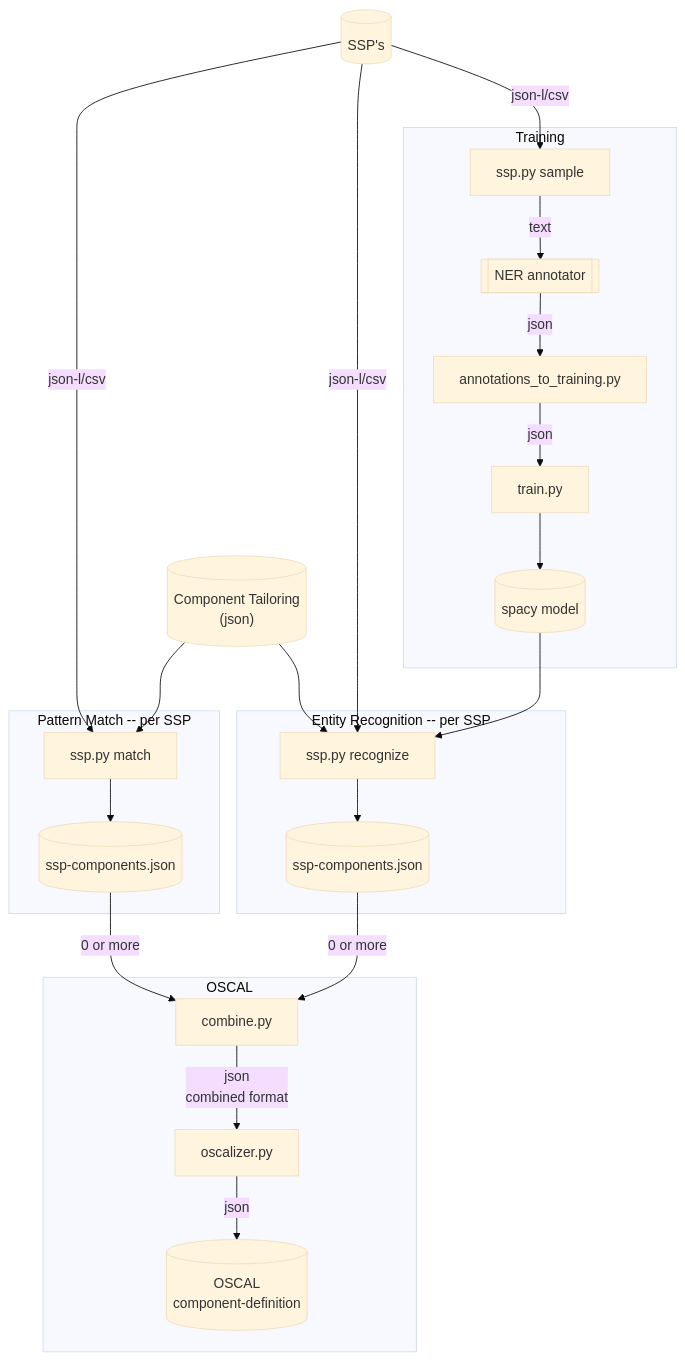
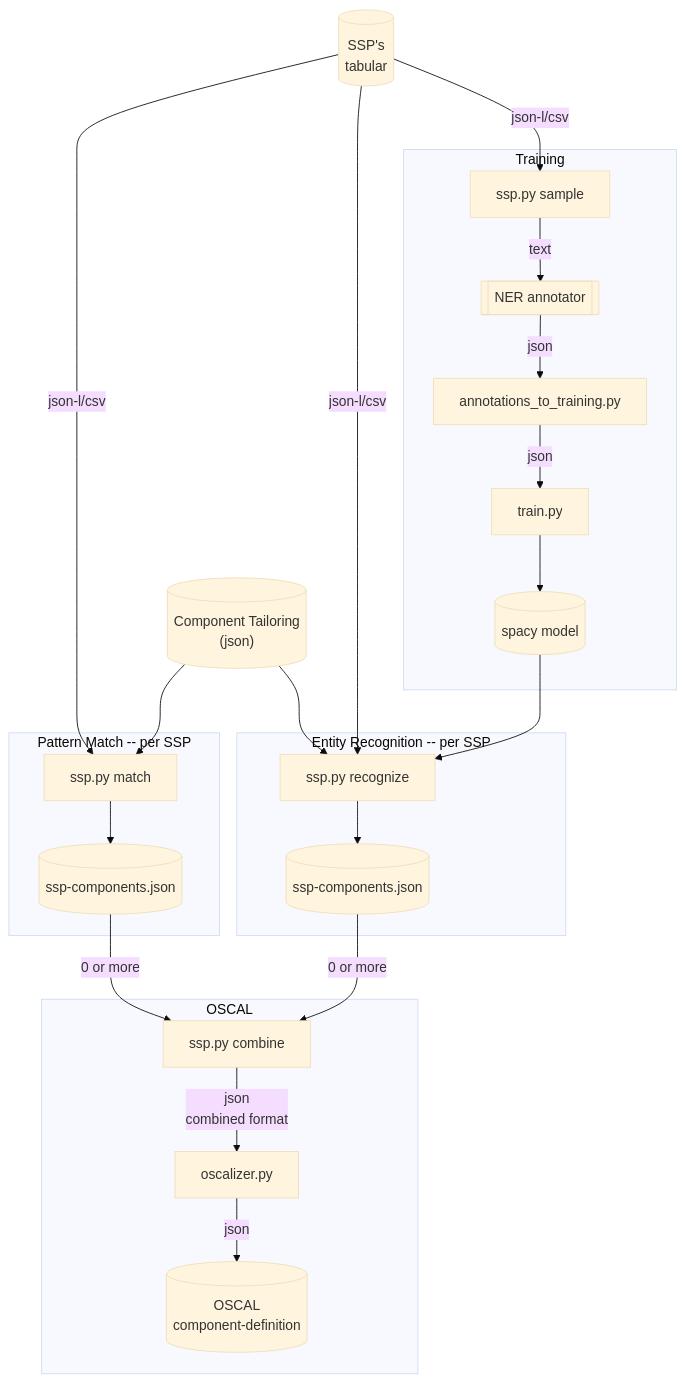
The diagram in README.md (GovReady/CUB), drawn with Mermaid (base theme) before and after one commit. The commit also changed other lines of this file and 4 other files, not shown here.

Commit message:
Move combine.py into ssp.py.

````diff
--- a/README.md
+++ b/README.md
@@ -90,43 +94,43 @@
 ```mermaid
 graph TD;
-    ssps[(SSP's)]
+    ssps[(SSP's<br/>tabular)]
     tailoring[("Component Tailoring<br/>(json)")]
     ssps -- json-l/csv --> sample
     ssps -- json-l/csv --> recognize
     ssps -- json-l/csv --> match
-    train-->model
+    train --> model
     tailoring --> recognize
     tailoring --> match
     r-component -- 0 or more --> combine
     m-component --0 or more --> combine
     subgraph training [Training]
     sample[ssp.py sample]
     annotator[[NER annotator]]
     a2t[annotations_to_training.py]
     train[train.py]
-    sample--text-->annotator
-    annotator--json-->a2t
-    a2t--json-->train
+    sample -- text --> annotator
+    annotator -- json --> a2t
+    a2t -- json --> train
     model[(spacy model)]
     end
 
     subgraph recognizer [Entity Recognition -- per SSP]
     recognize[ssp.py recognize]
     model --> recognize
     recognize --> r-component[(ssp-components.json<br/>)]
     end
 
     subgraph matcher [Pattern Match -- per SSP]
     match[ssp.py match]
     match --> m-component[(ssp-components.json)]
     end
 
     subgraph make-oscal [OSCAL]
-    combine[combine.py]
+    combine[ssp.py combine]
     oscalizer[oscalizer.py]
     oscal[(OSCAL<br/>component-definition)]
-    combine --json<br/>combined format--> oscalizer
+    combine -- json<br/>combined format --> oscalizer
     oscalizer -- json --> oscal
     end
 
 ```
````
